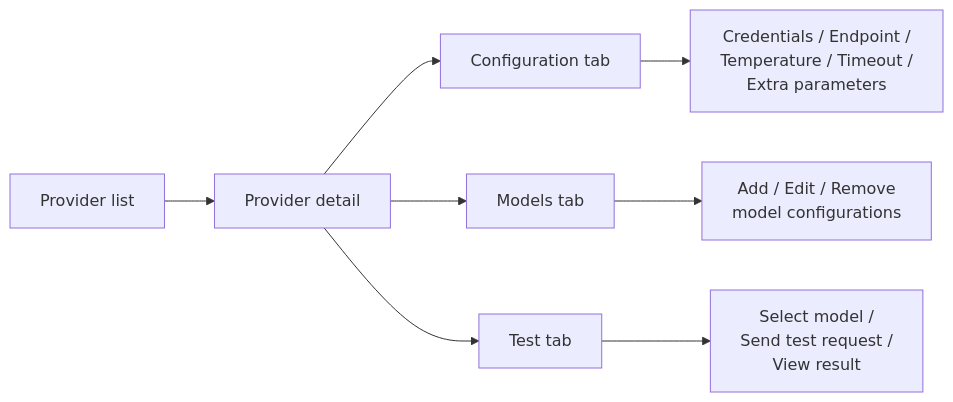
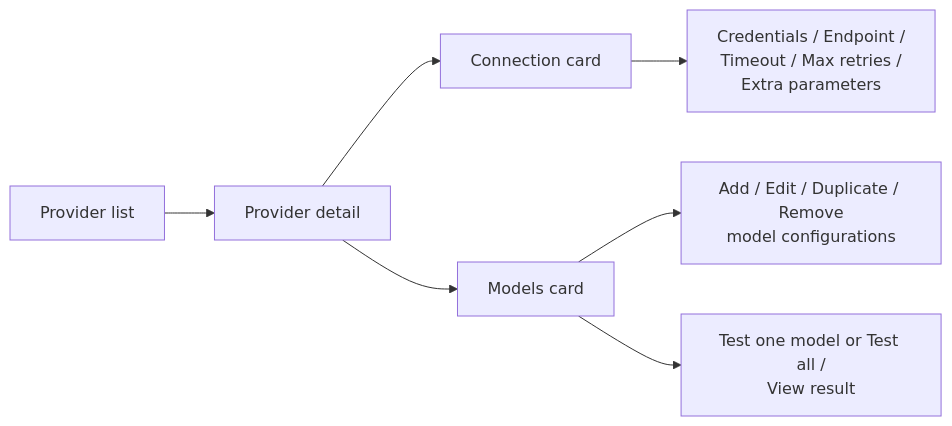
Before and after one commit to Uxopian/uxodocs: the diagram in docs/uxopian-ai/admin/managing_llm_providers.md, drawn with Mermaid. The commit also changed other lines of this file and 35 other files, not shown here.

````diff
--- a/docs/uxopian-ai/admin/managing_llm_providers.md
+++ b/docs/uxopian-ai/admin/managing_llm_providers.md
@@ -49,10 +51,9 @@
 ```mermaid
 graph LR
     A[Provider list] --> B[Provider detail]
-    B --> C[Configuration tab]
-    B --> D[Models tab]
-    B --> E[Test tab]
-    C --> C1[Credentials / Endpoint /<br/>Temperature / Timeout /<br/>Extra parameters]
-    D --> D1[Add / Edit / Remove<br/>model configurations]
-    E --> E1[Select model /<br/>Send test request /<br/>View result]
+    B --> C[Connection card]
+    B --> D[Models card]
+    C --> C1[Credentials / Endpoint /<br/>Timeout / Max retries /<br/>Extra parameters]
+    D --> D1[Add / Edit / Duplicate / Remove<br/>model configurations]
+    D --> E1[Test one model or Test all /<br/>View result]
 ```
````
